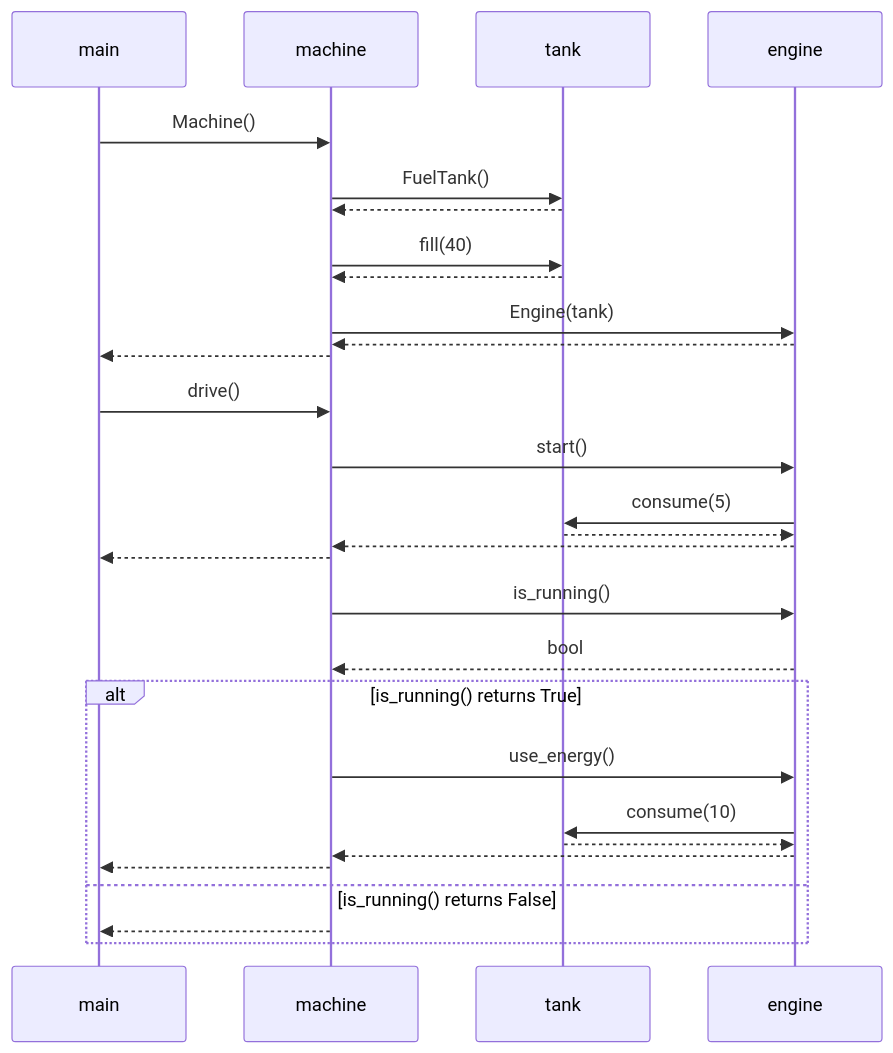
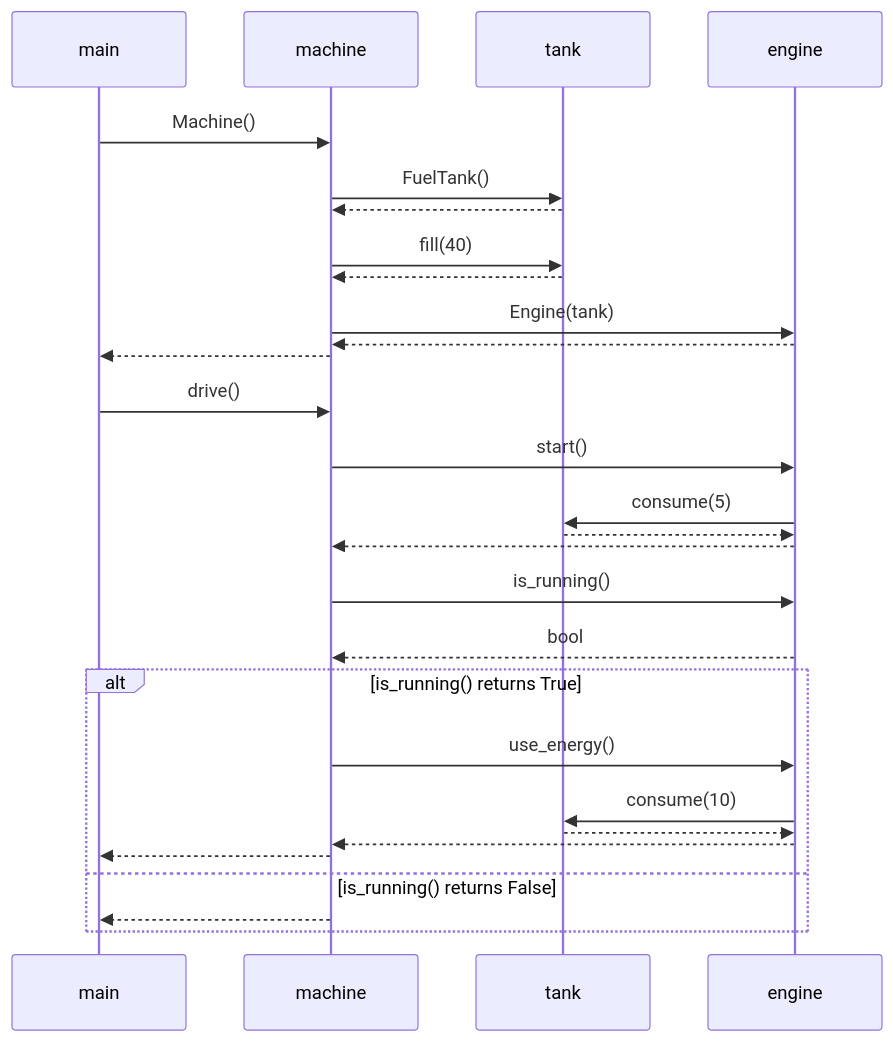
The diagram in laskarit/viikko3/Tehtävä 3 - Sekvenssikaavio.md (MarkusOttela/ot-harjoitustyo), drawn with Mermaid before and after one commit.

Commit message:
Viikko 3 Tehtävä 3 - Sekvenssikaavio - Poista ennenaikainen paluu mainiin

````diff
--- a/laskarit/viikko3/Tehtävä 3 - Sekvenssikaavio.md
+++ b/laskarit/viikko3/Tehtävä 3 - Sekvenssikaavio.md
@@ -2,37 +2,36 @@
 ```mermaid
 
 sequenceDiagram
     main->>machine: Machine()
 
     machine->>tank: FuelTank()
     tank-->>machine: 
 
     machine->>tank: fill(40)
     tank-->>machine: 
 
     machine->> engine: Engine(tank)
     engine-->>machine: 
     machine-->>main: 
     
     %% ----
  
     main->>machine: drive()
         machine->>engine: start()
             engine->>tank: consume(5)
             tank-->>engine: 
         engine-->>machine: 
-    machine-->>main: 
 
     machine->>engine: is_running()
     engine-->>machine: bool
     
     alt is_running() returns True
         machine->>engine: use_energy()
         engine->>tank: consume(10)
         tank-->>engine: 
         engine-->>machine: 
         machine-->>main: 
     else is_running() returns False
         machine-->>main: 
     end
 ```
````
